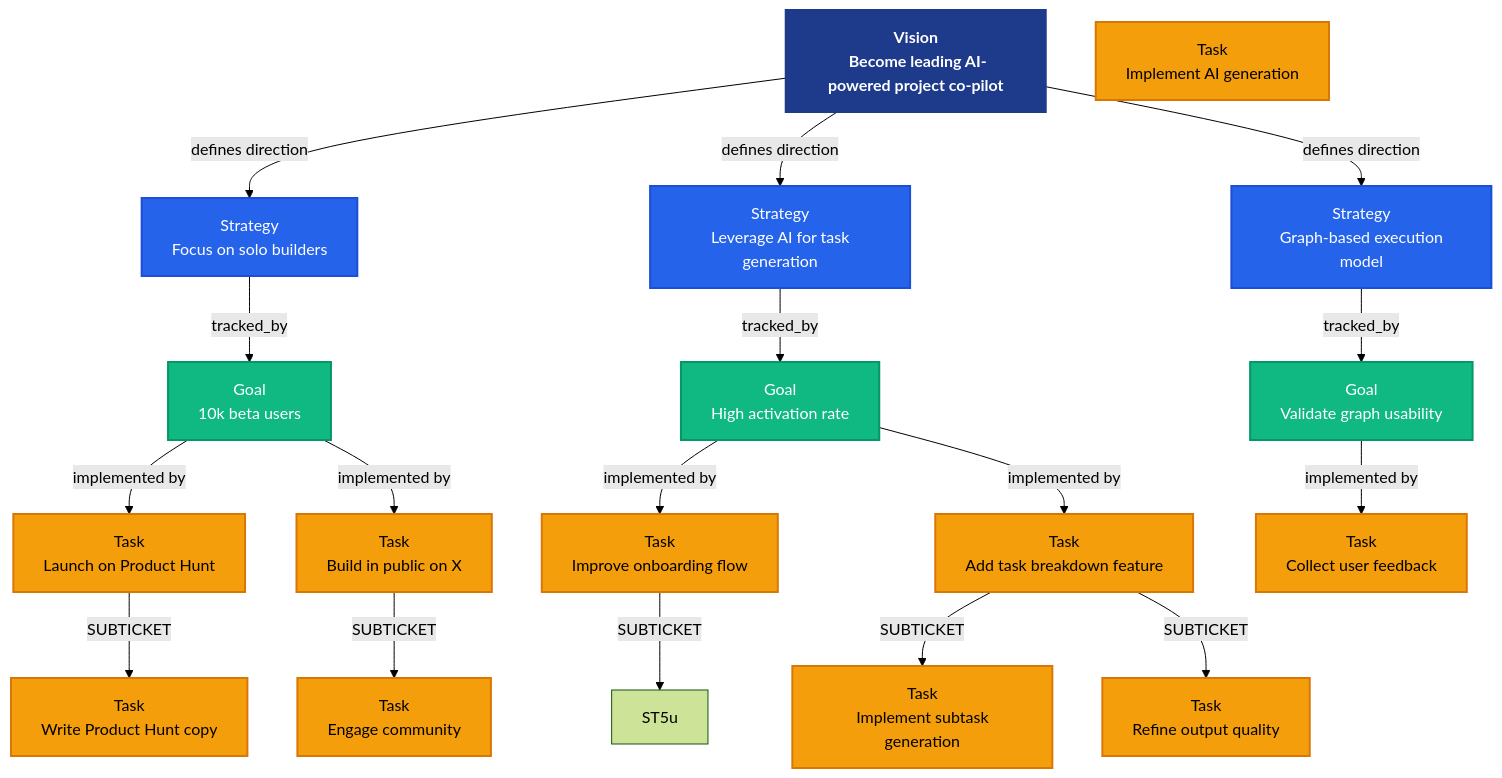
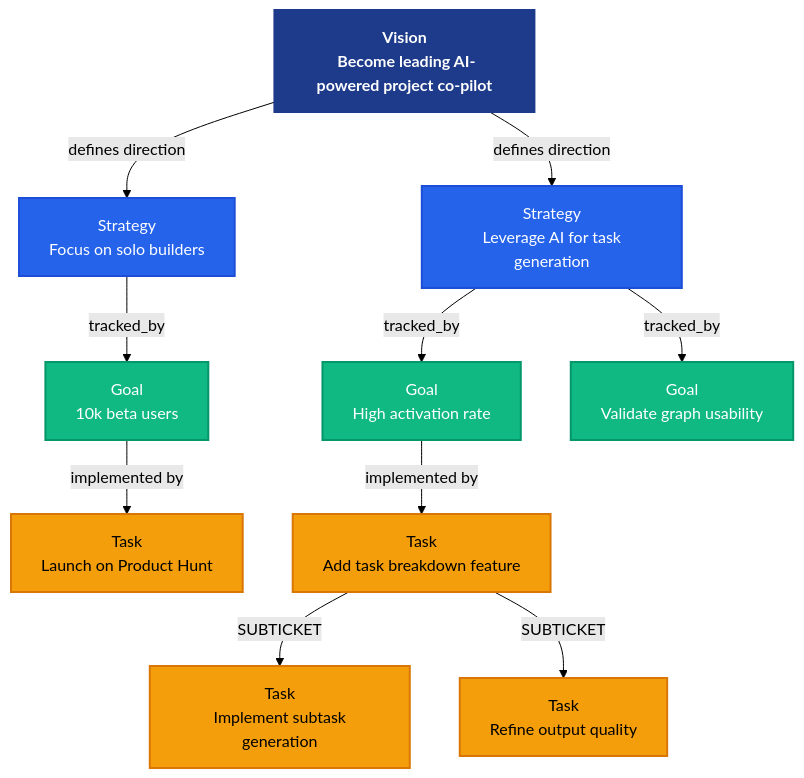
The diagram in README.md (Florque/florque-workgraph), drawn with Mermaid (forest theme) before and after one commit.

Commit message:
Remove strategies and tasks from graph topology

````diff
--- a/README.md
+++ b/README.md
@@ -33,61 +33,48 @@
 ```mermaid
 graph TD
+
     V[Vision<br/> Become leading AI-powered project co-pilot]
 
     S1[Strategy<br/> Focus on solo builders]
     S2[Strategy<br/> Leverage AI for task generation]
-    S3[Strategy<br/> Graph-based execution model]
 
     G1[Goal<br/> 10k beta users]
     G2[Goal<br/> High activation rate]
     G3[Goal<br/> Validate graph usability]
 
     T1[Task<br/> Launch on Product Hunt]
-    T2[Task<br/> Build in public on X]
-    T3[Task<br/> Improve onboarding flow]
     T4[Task<br/> Add task breakdown feature]
-    T5[Task<br/> Collect user feedback]
 
     %% Subtickets (execution level)
-    ST2[Task<br/> Write Product Hunt copy]
-    ST3[Task<br/> Engage community]
-    ST5[Task<br/> Implement AI generation]
     ST8[Task<br/> Implement subtask generation]
     ST9[Task<br/> Refine output quality]
 
     %% Vision to Strategy
     V -->|defines direction| S1
     V -->|defines direction| S2
-    V -->|defines direction| S3
 
     %% Strategy to Goals
     S1 -->|tracked_by| G1
     S2 -->|tracked_by| G2
-    S3 -->|tracked_by| G3
+    S2 -->|tracked_by| G3
 
     %% Goals to Tactics
     G1 -->|implemented by| T1
-    G1 -->|implemented by| T2
-    G2 -->|implemented by| T3
     G2 -->|implemented by| T4
-    G3 -->|implemented by| T5
 
     %% SUBTICKET edges (explicit)
-    T1 -->|SUBTICKET| ST2
-    T2 -->|SUBTICKET| ST3
-    T3 -->|SUBTICKET| ST5u
     T4 -->|SUBTICKET| ST8
     T4 -->|SUBTICKET| ST9
 
     %% Styles
     classDef vision fill:#1e3a8a,color:#ffffff,stroke:#1e3a8a,stroke-width:2px,font-weight:bold;
     classDef strategy fill:#2563eb,color:#ffffff,stroke:#1d4ed8,stroke-width:2px;
     classDef goal fill:#10b981,color:#ffffff,stroke:#059669,stroke-width:2px;
     classDef tactic fill:#f59e0b,color:#000000,stroke:#d97706,stroke-width:2px;
 
     %% Apply styles
     class V vision;
     class S1,S2,S3 strategy;
     class G1,G2,G3 goal;
     class T1,T2,T3,T4,T5,ST1,ST2,ST3,ST4,ST5,ST6,ST7,ST8,ST9 tactic;
 ```
````
